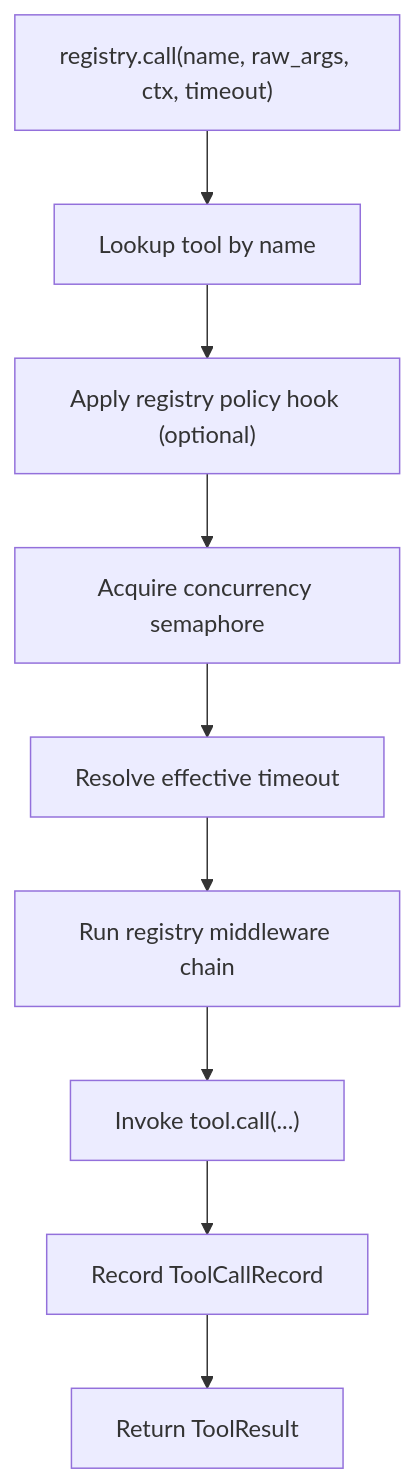
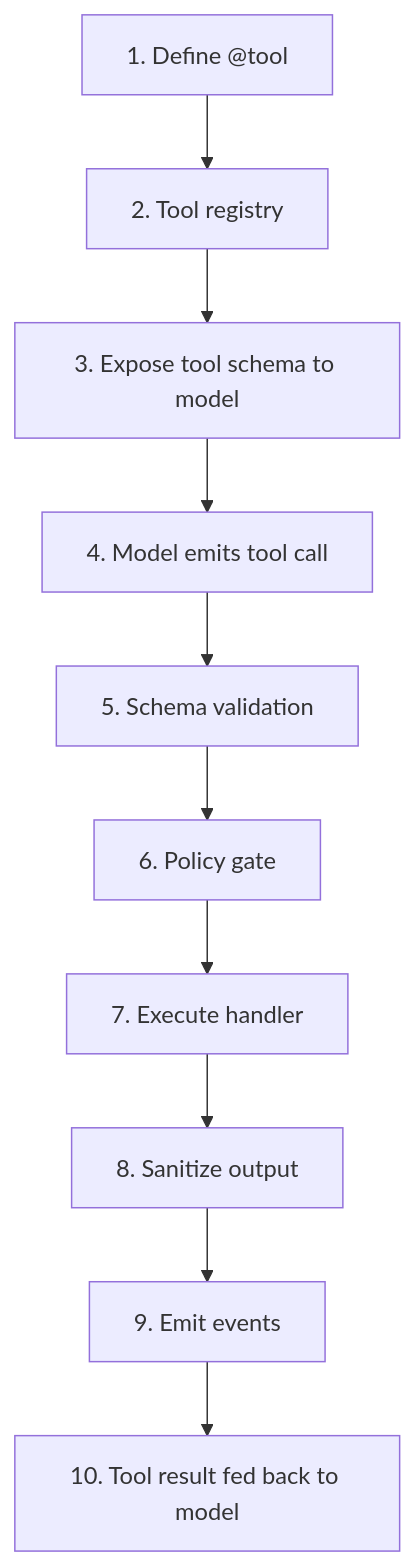
Before and after one commit to Luseefor/afk: the diagram in docs/library/tools-system-walkthrough.mdx, drawn with Mermaid. The commit also changed other lines of this file and 133 other files, not shown here.

````diff
--- a/docs/library/tools-system-walkthrough.mdx
+++ b/docs/library/tools-system-walkthrough.mdx
@@ -101,11 +16,12 @@
 ```mermaid
-flowchart TD
-    A["registry.call(name, raw_args, ctx, timeout)"] --> B["Lookup tool by name"]
-    B --> C["Apply registry policy hook (optional)"]
-    C --> D["Acquire concurrency semaphore"]
-    D --> E["Resolve effective timeout"]
-    E --> F["Run registry middleware chain"]
-    F --> G["Invoke tool.call(...)"]
-    G --> H["Record ToolCallRecord"]
-    H --> I["Return ToolResult"]
+flowchart TB
+    Define["1. Define @tool"] --> Registry["2. Tool registry"]
+    Registry --> Prompt["3. Expose tool schema to model"]
+    Prompt --> Call["4. Model emits tool call"]
+    Call --> Validate["5. Schema validation"]
+    Validate --> Policy["6. Policy gate"]
+    Policy --> Run["7. Execute handler"]
+    Run --> Sanitize["8. Sanitize output"]
+    Sanitize --> Emit["9. Emit events"]
+    Emit --> Feedback["10. Tool result fed back to model"]
 ```
````
